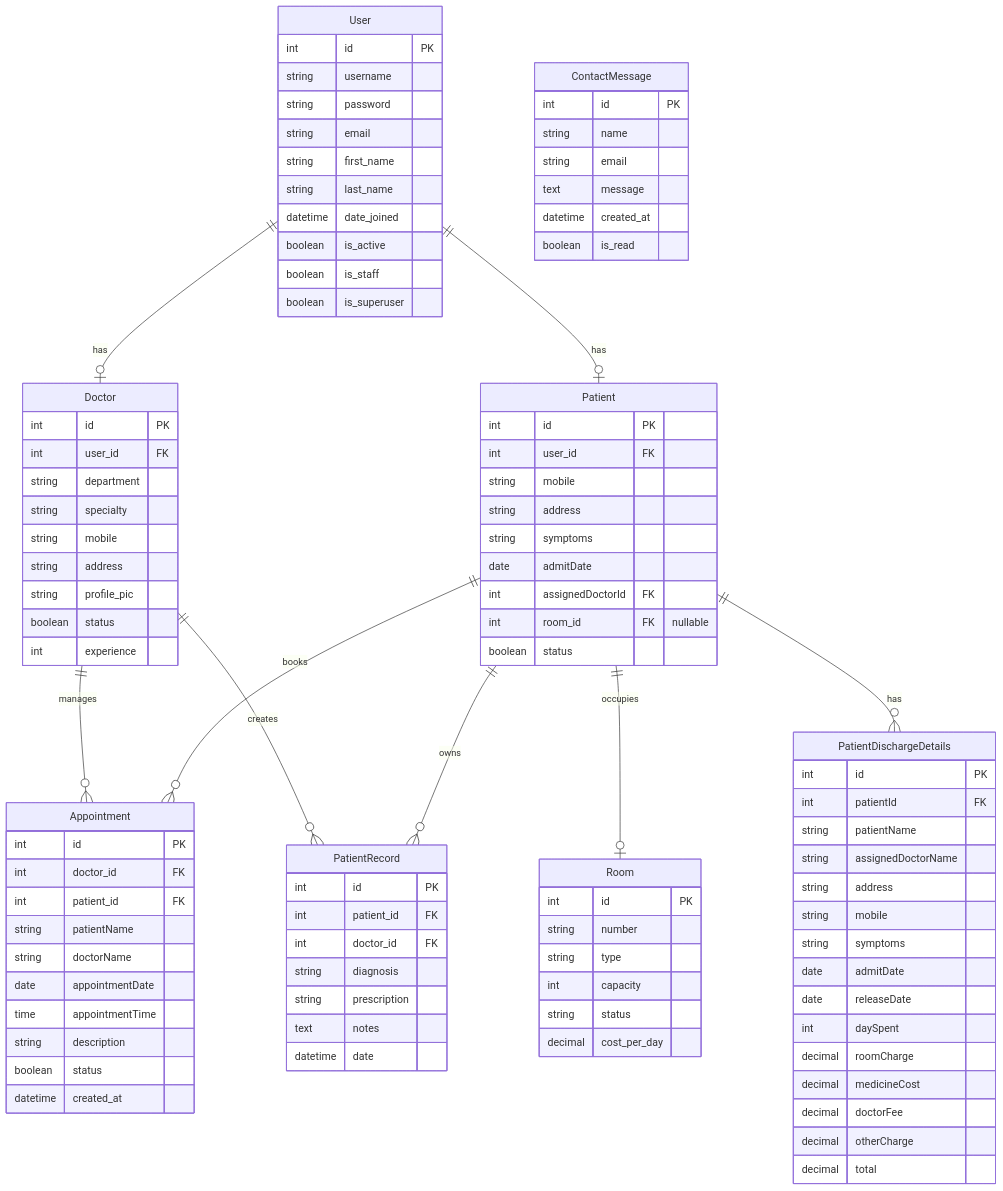
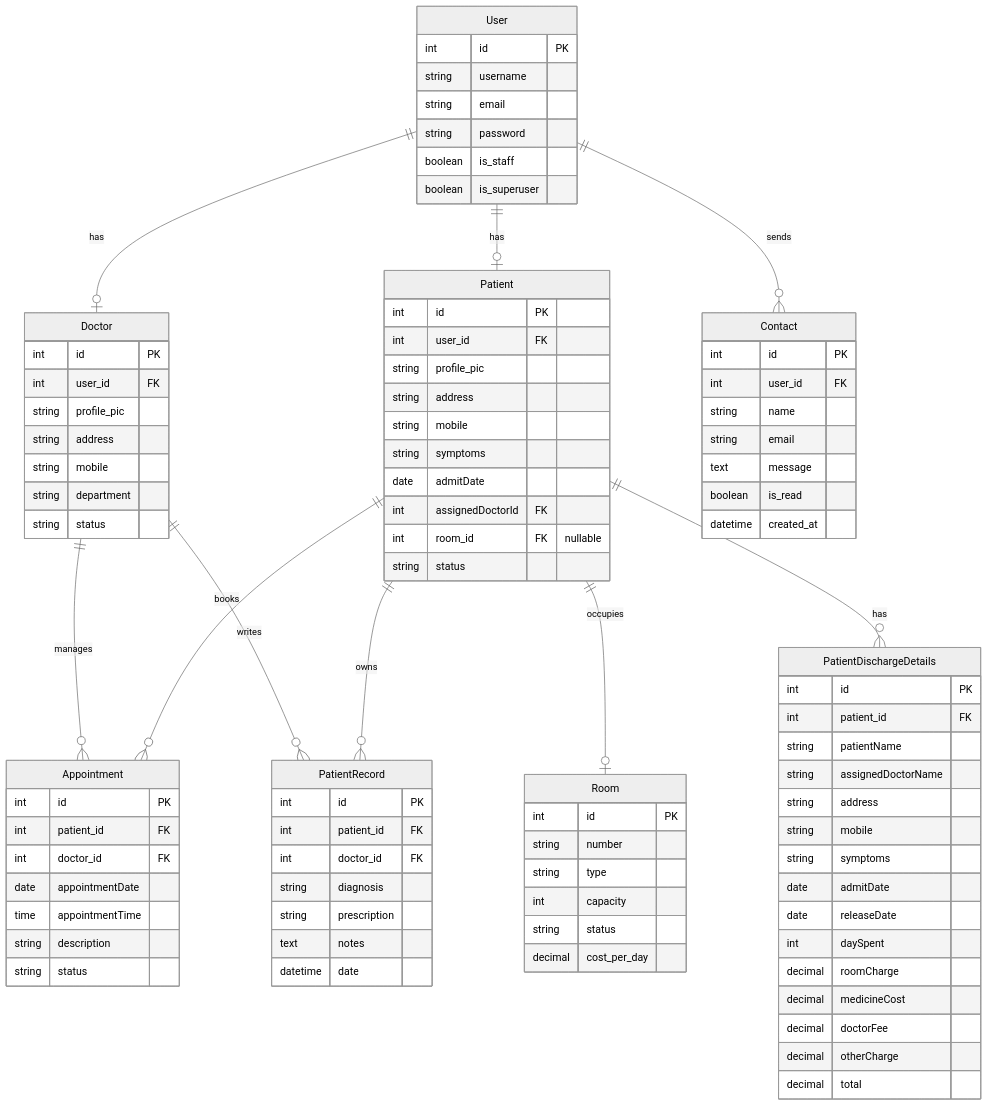
The diagram in docs/database-schema.md (SazPy/Hospital-Management), drawn with Mermaid before and after one commit. The commit also changed 2 other files, not shown here.

Commit message:
Updates On Doc

````diff
--- a/docs/database-schema.md
+++ b/docs/database-schema.md
@@ -18,64 +18,56 @@
 ```mermaid
+---
+config:
+  theme: neutral
+---
 erDiagram
     User ||--o| Doctor : has
     User ||--o| Patient : has
     Doctor ||--o{ Appointment : manages
     Patient ||--o{ Appointment : books
     Patient ||--o| Room : occupies
-    Doctor ||--o{ PatientRecord : creates
+    Doctor ||--o{ PatientRecord : writes
     Patient ||--o{ PatientRecord : owns
     Patient ||--o{ PatientDischargeDetails : has
-
+    User ||--o{ Contact : sends
     User {
         int id PK
         string username
+        string email
         string password
-        string email
-        string first_name
-        string last_name
-        datetime date_joined
-        boolean is_active
         boolean is_staff
         boolean is_superuser
     }
-
     Doctor {
         int id PK
         int user_id FK
+        string profile_pic
+        string address
+        string mobile
         string department
-        string specialty
-        string mobile
-        string address
-        string profile_pic
-        boolean status
-        int experience
+        string status
     }
-
     Patient {
         int id PK
         int user_id FK
+        string profile_pic
+        string address
         string mobile
-        string address
         string symptoms
         date admitDate
         int assignedDoctorId FK
         int room_id FK "nullable"
-        boolean status
+        string status
     }
-
     Appointment {
         int id PK
+        int patient_id FK
         int doctor_id FK
-        int patient_id FK
-        string patientName
-        string doctorName
         date appointmentDate
         time appointmentTime
         string description
-        boolean status
-        datetime created_at
+        string status
     }
-
     Room {
         int id PK
         string number
@@ -84,7 +76,6 @@
         string status
         decimal cost_per_day
     }
-
     PatientRecord {
         int id PK
         int patient_id FK
@@ -94,10 +85,9 @@
         text notes
         datetime date
     }
-
     PatientDischargeDetails {
         int id PK
-        int patientId FK
+        int patient_id FK
         string patientName
         string assignedDoctorName
         string address
@@ -112,13 +102,14 @@
         decimal otherCharge
         decimal total
     }
-
-    ContactMessage {
+    Contact {
         int id PK
+        int user_id FK
         string name
         string email
         text message
+        boolean is_read
         datetime created_at
-        boolean is_read
     }
+
 ```
````
